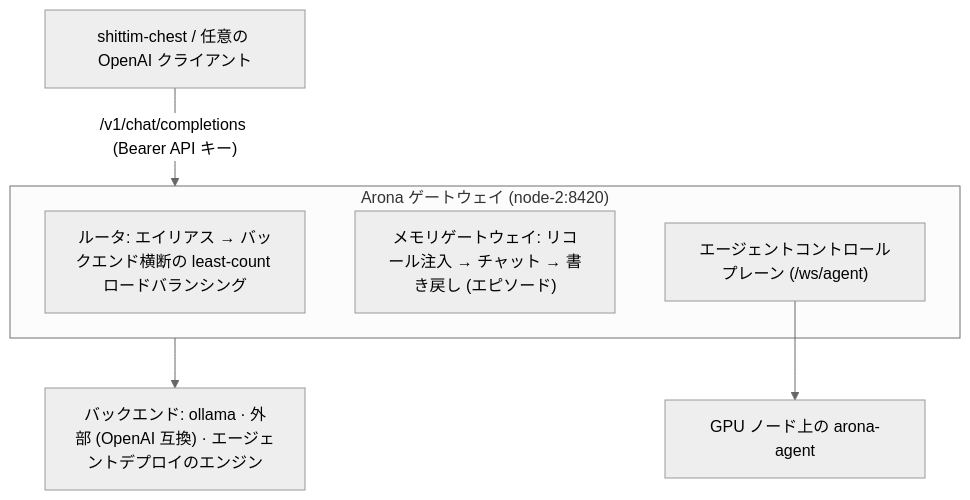
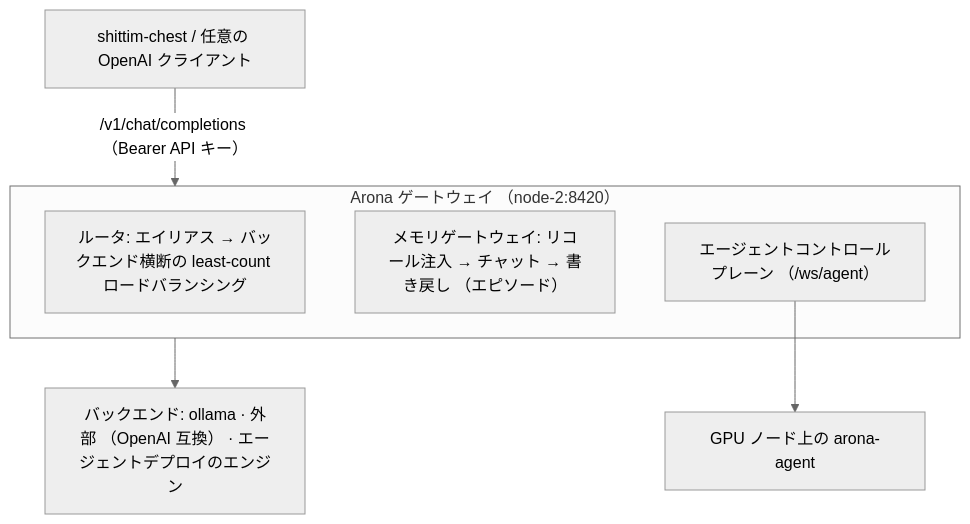
Before and after one commit to celestia-island/docs.celestia.world: the diagram in docs/ja/platforms/arona.md, drawn with Mermaid (neutral theme). The commit also changed 35 other files, not shown here.

First line of the commit message:
📝 Convert ASCII parentheses in mermaid fences to fullwidth across languages. (#96)

````diff
--- a/docs/ja/platforms/arona.md
+++ b/docs/ja/platforms/arona.md
@@ -12,12 +12,12 @@
 ```mermaid
 flowchart TD
     C["shittim-chest / 任意の OpenAI クライアント"]
-    subgraph G["Arona ゲートウェイ (node-2:8420)"]
+    subgraph G["Arona ゲートウェイ （node-2:8420）"]
         N0["ルータ: エイリアス → バックエンド横断の least-count ロードバランシング"]
-        N1["メモリゲートウェイ: リコール注入 → チャット → 書き戻し (エピソード)"]
-        N2["エージェントコントロールプレーン (/ws/agent)"]
+        N1["メモリゲートウェイ: リコール注入 → チャット → 書き戻し （エピソード）"]
+        N2["エージェントコントロールプレーン （/ws/agent）"]
     end
-    C -->|"/v1/chat/completions (Bearer API キー)"| G
+    C -->|"/v1/chat/completions （Bearer API キー）"| G
     N2 --> T["GPU ノード上の arona-agent"]
-    G --> B["バックエンド: ollama · 外部 (OpenAI 互換) · エージェントデプロイのエンジン"]
+    G --> B["バックエンド: ollama · 外部 （OpenAI 互換） · エージェントデプロイのエンジン"]
 ```
````
